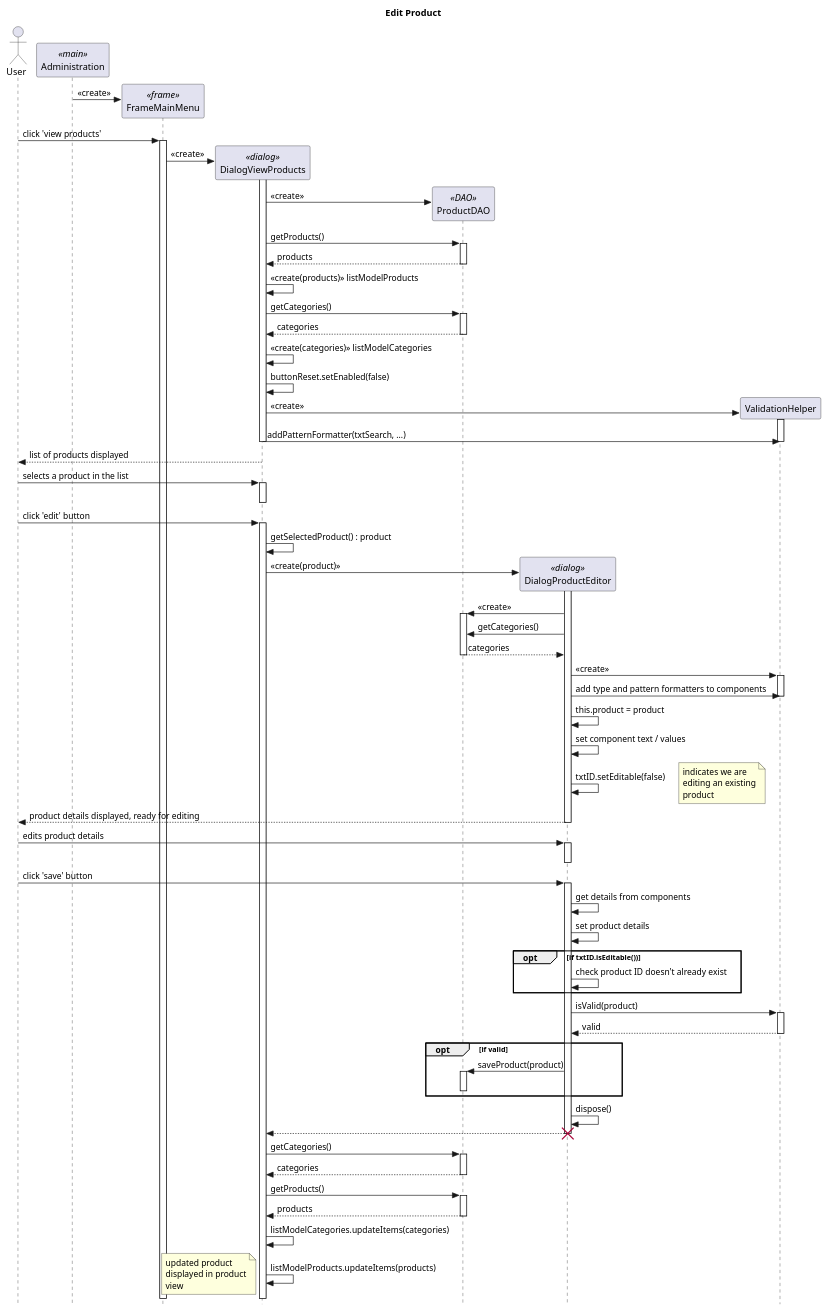
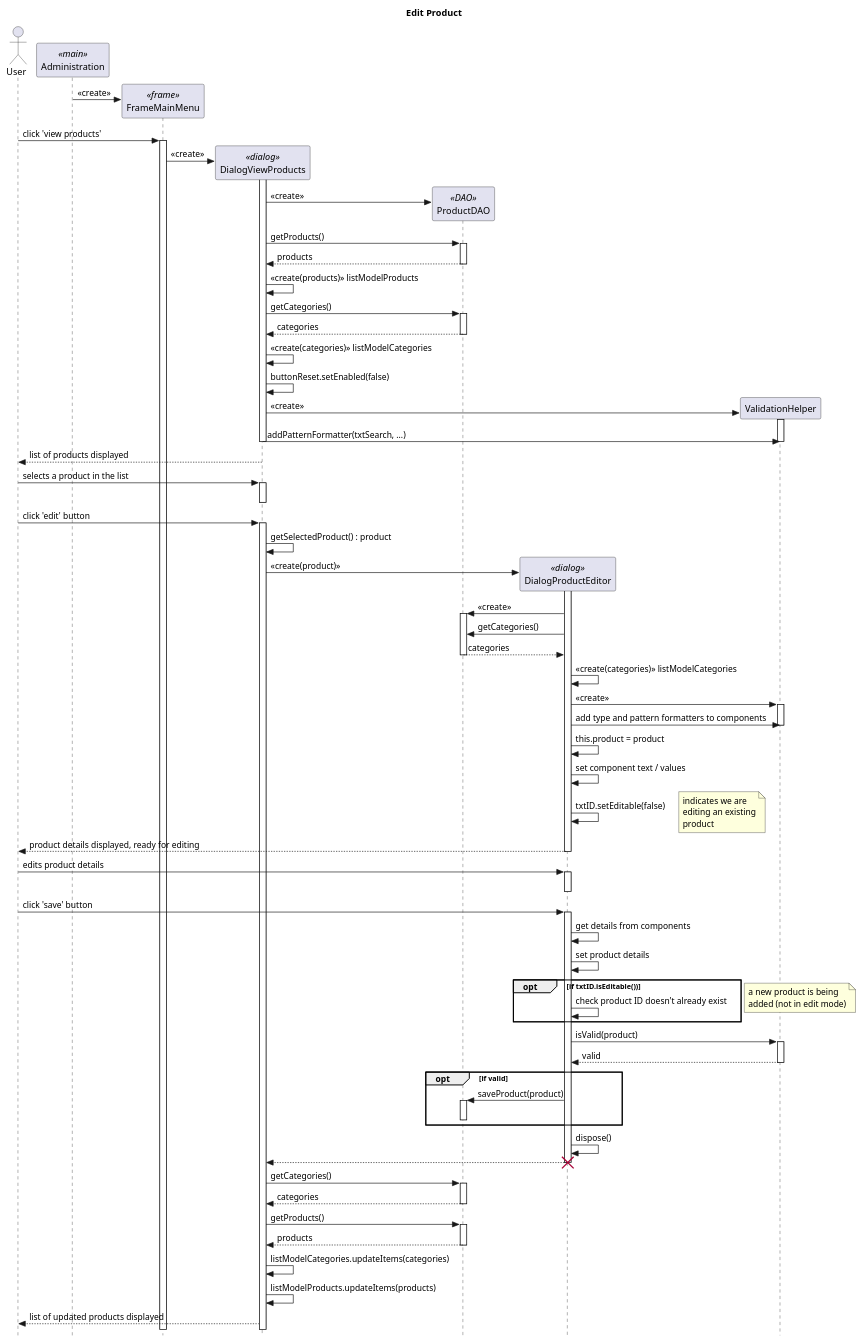
Before and after one commit to matthewdockerty/INFO202Shopping: the diagram in editProduct.puml, drawn with PlantUML.

Commit message:
Tweak edit product sequence diagram. References #31.

```diff
--- a/editProduct.puml
+++ b/editProduct.puml
@@ -1,112 +1,116 @@
 @startuml
 
 ' style tweaks to make the diagram a little more readable
 skinparam style strictuml
 
 title Edit Product
 
 actor User as user
 participant "Administration" as main <<main>>
 participant "FrameMainMenu" as menu <<frame>>
 participant "DialogViewProducts" as view <<dialog>>
 participant "ProductDAO" as dao <<DAO>>
 participant "DialogProductEditor" as editor <<dialog>>
 participant "ValidationHelper" as validator
 
 create menu
 main -> menu : «create»
 
 user -> menu : click 'view products'
 menu++
 
 create view
 menu -> view : «create»
 
 view++
 create dao
 view -> dao : «create»
 
 view -> dao++ : getProducts()
 view <-- dao-- : products
 view -> view : «create(products)» listModelProducts
 
 view -> dao++ : getCategories()
 view <-- dao-- : categories
 view -> view : «create(categories)» listModelCategories
 view -> view : buttonReset.setEnabled(false)
 
 create validator
 view -> validator++ : «create»
 view -> validator-- : addPatternFormatter(txtSearch, ...)
 validator--
 
 user <-- view : list of products displayed
 
 
 
 user -> view++ : selects a product in the list
 view--
 
 
 
 user -> view : click 'edit' button
 activate view
 
 view -> view : getSelectedProduct() : product
 
 create editor
 view -> editor++ : «create(product)»
 
 
 editor -> dao++ : «create»
 editor -> dao : getCategories()
 return categories
 
+editor -> editor : «create(categories)» listModelCategories
+
 editor -> validator++ : «create»
 editor -> validator : add type and pattern formatters to components
 validator--
 
 editor -> editor : this.product = product
 editor -> editor : set component text / values
 editor -> editor : txtID.setEditable(false)
 note right : indicates we are\nediting an existing\nproduct
 
 user <-- editor : product details displayed, ready for editing
 editor--
 
 user -> editor++ : edits product details
 editor--
 
 
 user -> editor : click 'save' button
 editor++
 
 editor -> editor : get details from components
 editor -> editor : set product details
 
 opt if txtID.isEditable())
     editor -> editor : check product ID doesn't already exist
 end
 
+note right : a new product is being\nadded (not in edit mode)
+
 editor -> validator++ : isValid(product)
 return valid
 opt if valid
     editor -> dao++ : saveProduct(product)
     dao--
 end
 editor -> editor : dispose()
 editor --> view
 destroy editor
 
 
 view -> dao++ : getCategories()
 return categories
 view -> dao++ : getProducts()
 return products
 
 view -> view : listModelCategories.updateItems(categories)
 view -> view : listModelProducts.updateItems(products)
 
-note left: updated product\ndisplayed in product\nview
+view --> user : list of updated products displayed
 
 @enduml
```
